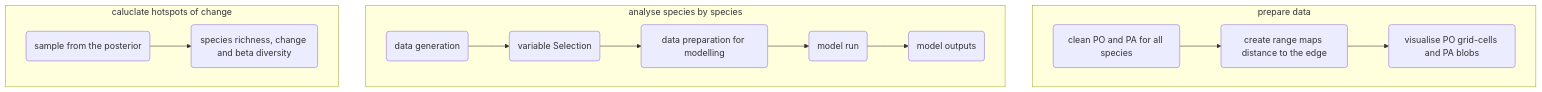
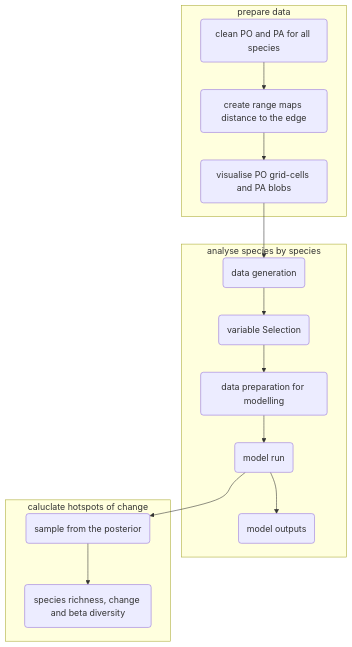
The diagram in README.md (bienflorencia/hotspots-of-change), drawn with Mermaid before and after one commit.

````diff
--- a/README.md
+++ b/README.md
@@ -9,16 +9,18 @@
 ```mermaid
   flowchart TD
     subgraph prepare data
     a1("`clean PO and PA for all species`")-->a2("`create range maps distance to the edge`")
     a2("`create range maps distance to the edge`")-->a3("`visualise PO grid-cells and PA blobs`")
     end
     subgraph analyse species by species
     b1("`data generation`")-->b2("`variable Selection`")
     b2("`variable Selection`")-->b3("`data preparation for modelling`")
     b3("`data preparation for modelling`")-->b4("`model run`")
     b4("`model run`")-->b5("`model outputs`")
     end
     subgraph caluclate hotspots of change
     c1("`sample from the posterior`")-->c2("`species richness, change and beta diversity`")
     end
+    a3 --> b1
+    b4 --> c1
 ```
````
